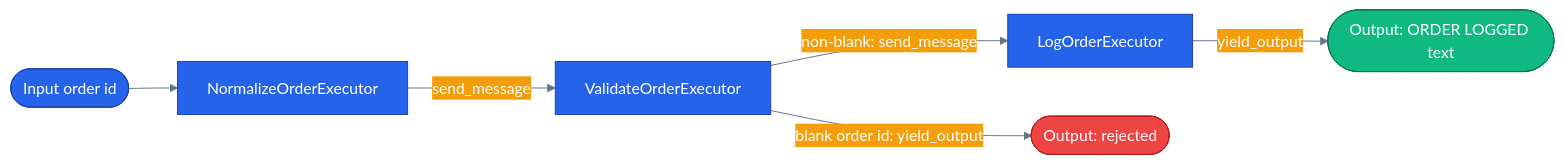
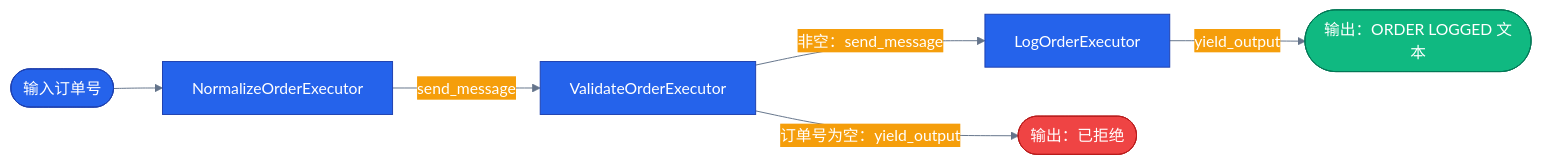
One commit to s1encisi/reliable-commerce-agents changed the diagram in tutorials/09-workflow-executors-and-edges/README.md. Above: the diagram before and after it, drawn with Mermaid. The commit also changed other lines of this file and 1033 other files, not shown here.

````diff
--- a/tutorials/09-workflow-executors-and-edges/README.md
+++ b/tutorials/09-workflow-executors-and-edges/README.md
@@ -26,29 +30,29 @@
 ```mermaid
 %%{init: {'theme':'base', 'themeVariables': {
   'primaryColor': '#2563eb','primaryTextColor': '#ffffff','primaryBorderColor': '#1e40af',
   'lineColor': '#64748b','secondaryColor': '#f59e0b','tertiaryColor': '#10b981',
   'background': 'transparent'}}}%%
 flowchart LR
   classDef core     fill:#2563eb,stroke:#1e40af,color:#ffffff
   classDef success  fill:#10b981,stroke:#047857,color:#ffffff
   classDef error    fill:#ef4444,stroke:#b91c1c,color:#ffffff
 
-  input([Input order id])
+  input([输入订单号])
   norm[NormalizeOrderExecutor]
   validate[ValidateOrderExecutor]
   log[LogOrderExecutor]
-  skipped([Output: rejected])
-  logged([Output: ORDER LOGGED text])
+  skipped([输出：已拒绝])
+  logged([输出：ORDER LOGGED 文本])
 
   input --> norm
   norm -- "send_message" --> validate
-  validate -- "blank order id: yield_output" --> skipped
-  validate -- "non-blank: send_message" --> log
+  validate -- "订单号为空：yield_output" --> skipped
+  validate -- "非空：send_message" --> log
   log -- "yield_output" --> logged
 
   class norm core
   class validate core
   class log core
   class logged success
   class skipped error
 ```
````
